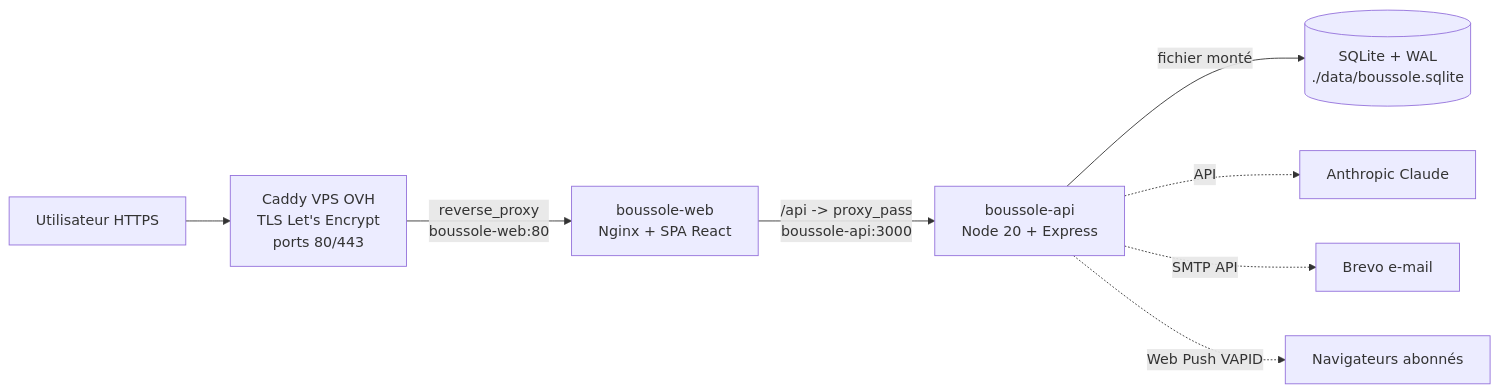
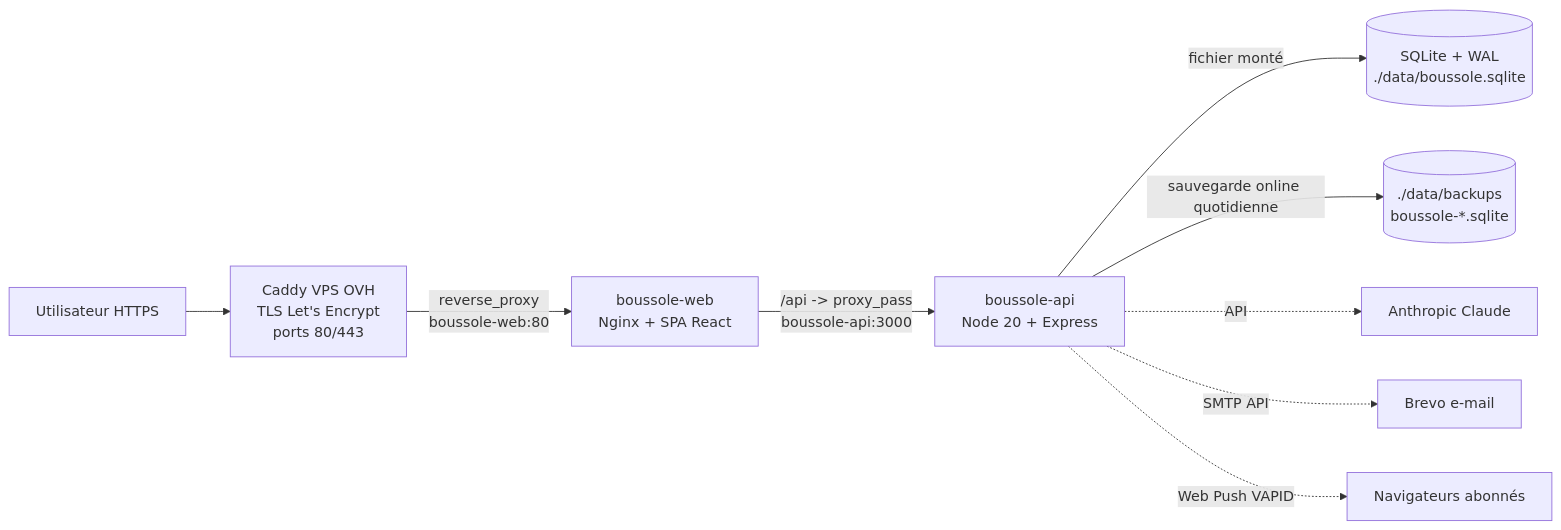
Before and after one commit to melafrit/FAD130_accompagnement_pro: the first of 8 diagrams in app/api/src/wiki/content/operations.md, drawn with Mermaid. The commit also changed other lines of this file and 14 other files, not shown here.

````diff
--- a/app/api/src/wiki/content/operations.md
+++ b/app/api/src/wiki/content/operations.md
@@ -21,10 +21,11 @@
 ```mermaid
 flowchart LR
   U[Utilisateur HTTPS] --> C[Caddy VPS OVH<br/>TLS Let's Encrypt<br/>ports 80/443]
   C -->|reverse_proxy<br/>boussole-web:80| W[boussole-web<br/>Nginx + SPA React]
   W -->|/api -> proxy_pass<br/>boussole-api:3000| A[boussole-api<br/>Node 20 + Express]
   A -->|fichier monté| D[(SQLite + WAL<br/>./data/boussole.sqlite)]
+  A -->|sauvegarde online quotidienne| K[(./data/backups<br/>boussole-*.sqlite)]
   A -.->|API| X[Anthropic Claude]
   A -.->|SMTP API| B[Brevo e-mail]
   A -.->|Web Push VAPID| P[Navigateurs abonnés]
 ```
````
